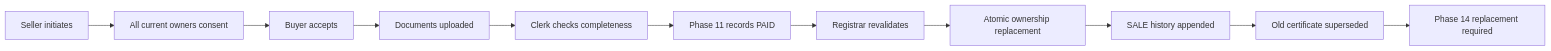
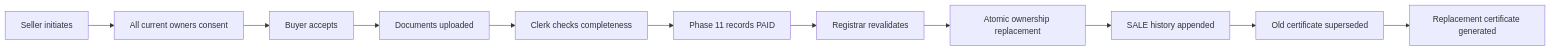
Before and after one commit to babukre1/Land_Title_Registry: the diagram in docs/ownership-transfer-flow.md, drawn with Mermaid. The commit also changed other lines of this file and 49 other files, not shown here.

````diff
--- a/docs/ownership-transfer-flow.md
+++ b/docs/ownership-transfer-flow.md
@@ -11,13 +11,13 @@
 ```mermaid
 flowchart LR
   A[Seller initiates] --> B[All current owners consent]
   B --> C[Buyer accepts]
   C --> D[Documents uploaded]
   D --> E[Clerk checks completeness]
   E --> F[Phase 11 records PAID]
   F --> G[Registrar revalidates]
   G --> H[Atomic ownership replacement]
   H --> I[SALE history appended]
   I --> J[Old certificate superseded]
-  J --> K[Phase 14 replacement required]
+  J --> K[Replacement certificate generated]
 ```
````
